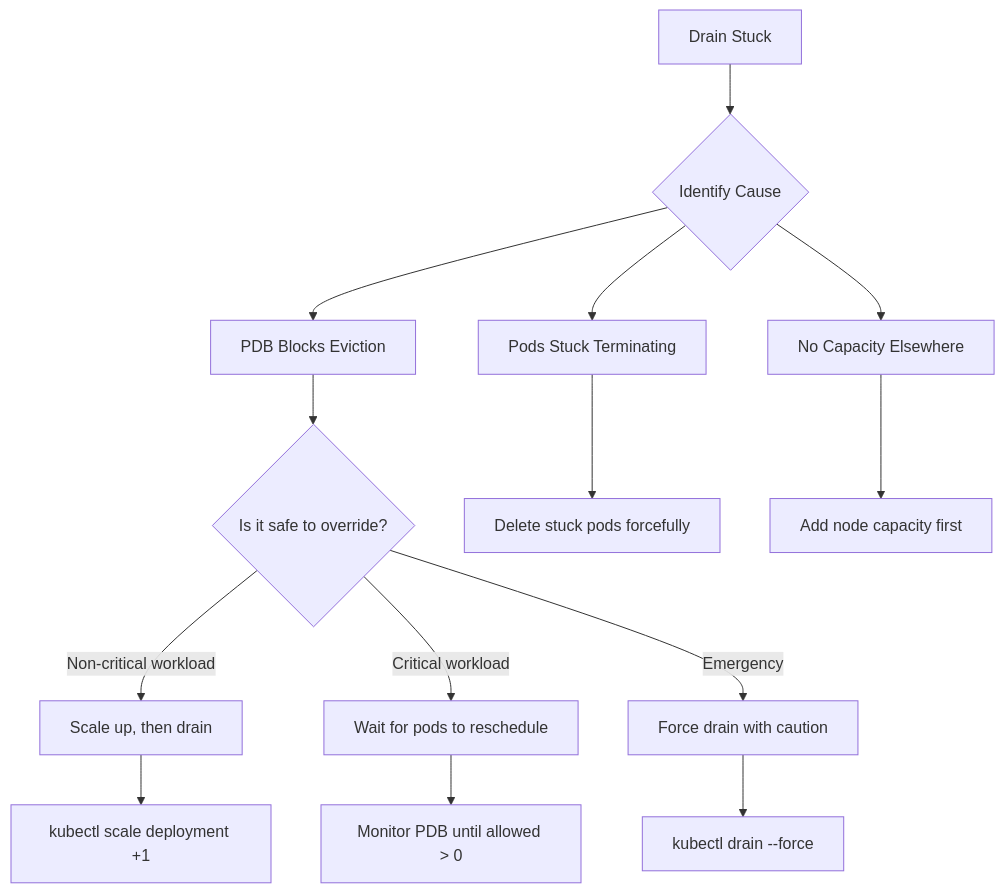
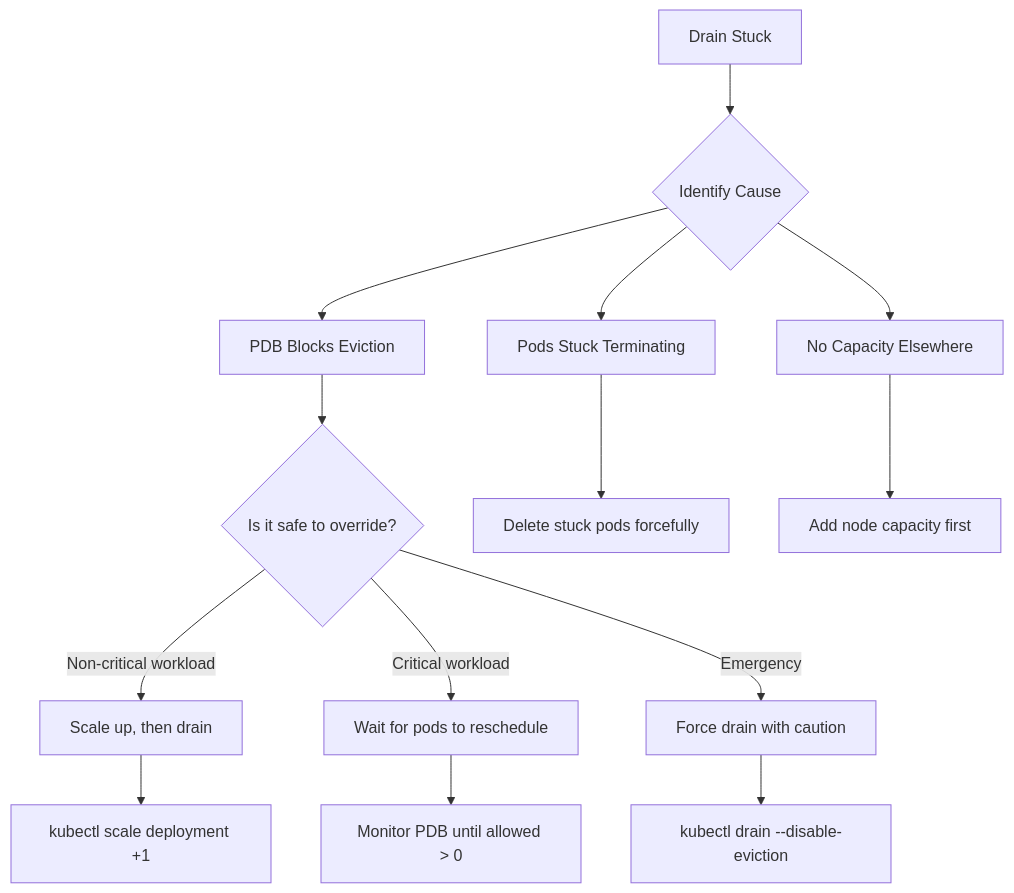
The third of 5 diagrams in posts/2026-02-02-kubernetes-pod-disruption-budgets/README.md (OneUptime/blog), drawn with Mermaid before and after one commit. The commit also changed other lines of this file and 2 other files, not shown here.

````diff
--- a/posts/2026-02-02-kubernetes-pod-disruption-budgets/README.md
+++ b/posts/2026-02-02-kubernetes-pod-disruption-budgets/README.md
@@ -215,19 +216,19 @@
 ```mermaid
 flowchart TD
     A[Drain Stuck] --> B{Identify Cause}
     B --> C[PDB Blocks Eviction]
     B --> D[Pods Stuck Terminating]
     B --> E[No Capacity Elsewhere]
 
     C --> F{Is it safe to override?}
     F --> |Non-critical workload| G[Scale up, then drain]
     F --> |Critical workload| H[Wait for pods to reschedule]
     F --> |Emergency| I[Force drain with caution]
 
     D --> J[Delete stuck pods forcefully]
     E --> K[Add node capacity first]
 
     G --> L[kubectl scale deployment +1]
     H --> M[Monitor PDB until allowed > 0]
-    I --> N[kubectl drain --force]
+    I --> N[kubectl drain --disable-eviction]
 ```
````
